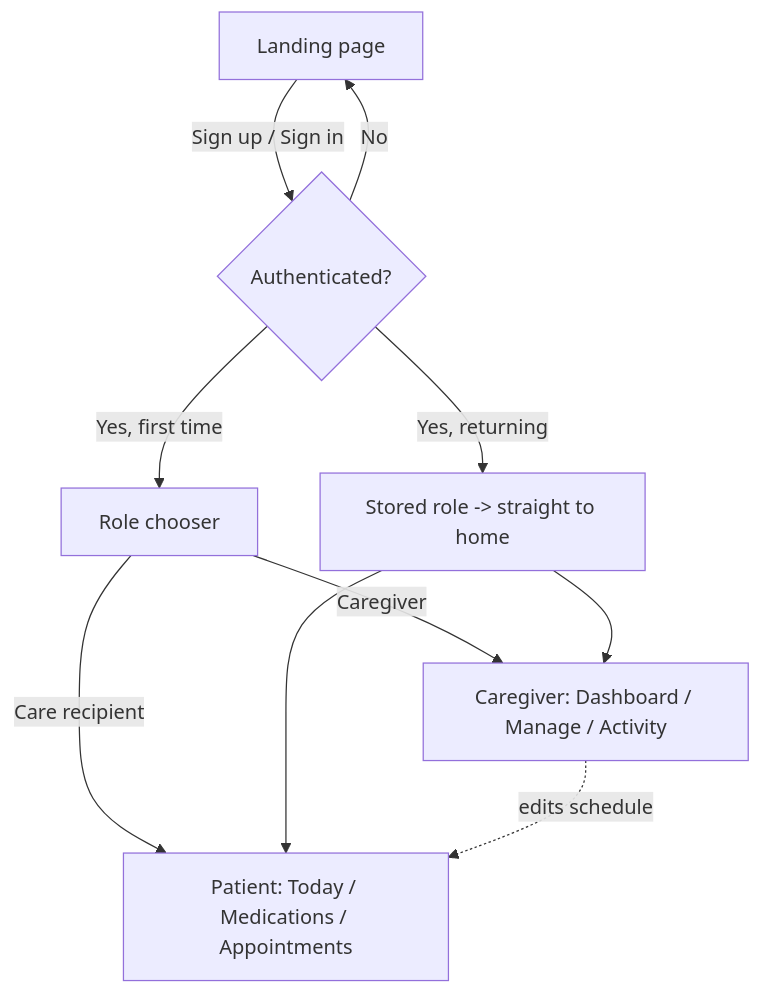
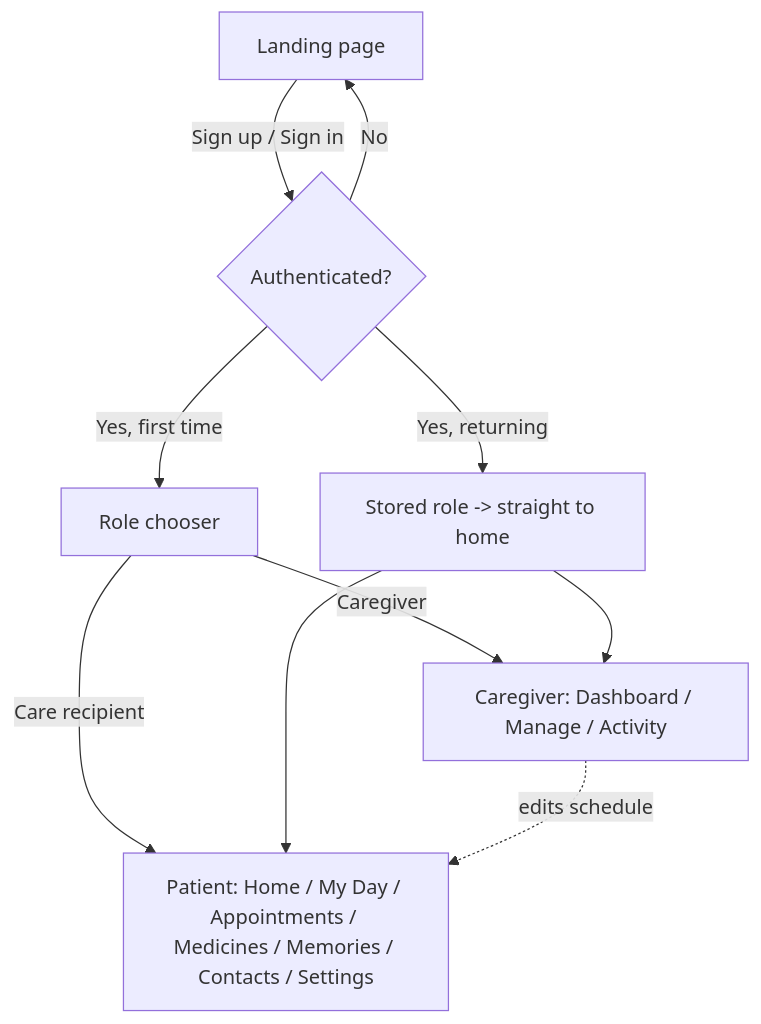
The diagram in README.md (viclee1/careconnect-swen661), drawn with Mermaid before and after one commit. The commit also changed other lines of this file and 402 other files, not shown here.

````diff
--- a/README.md
+++ b/README.md
@@ -334,12 +342,12 @@
 ```mermaid
 flowchart TD
     A[Landing page] -->|Sign up / Sign in| B{Authenticated?}
     B -->|No| A
     B -->|Yes, first time| C[Role chooser]
-    C -->|Care recipient| D[Patient: Today / Medications / Appointments]
+    C -->|Care recipient| D[Patient: Home / My Day / Appointments / Medicines / Memories / Contacts / Settings]
     C -->|Caregiver| E[Caregiver: Dashboard / Manage / Activity]
     B -->|Yes, returning| F[Stored role -> straight to home]
     F --> D
     F --> E
     E -. edits schedule .-> D
 ```
````
